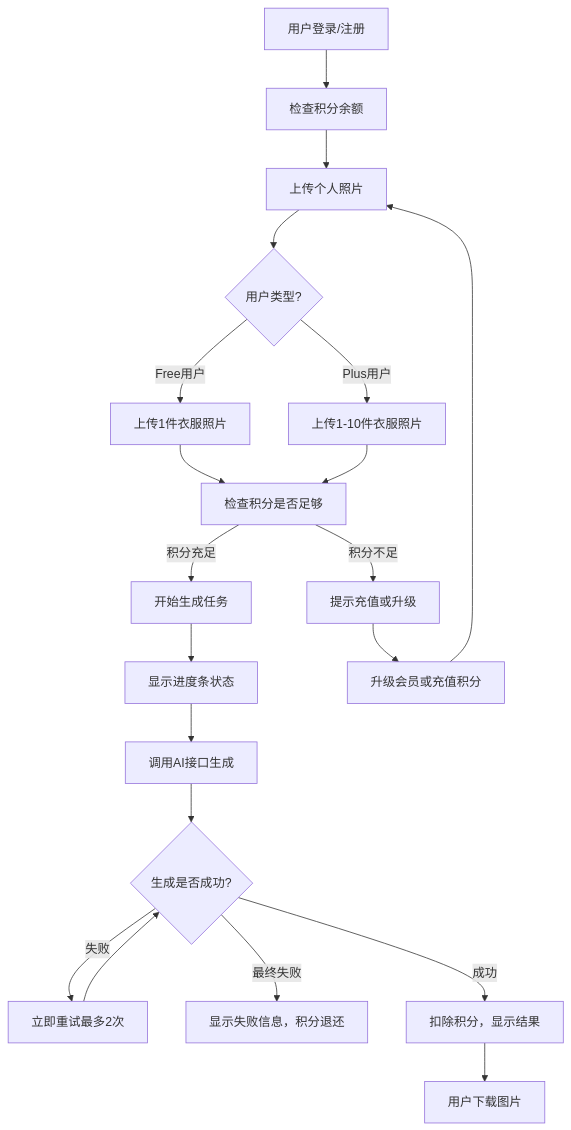
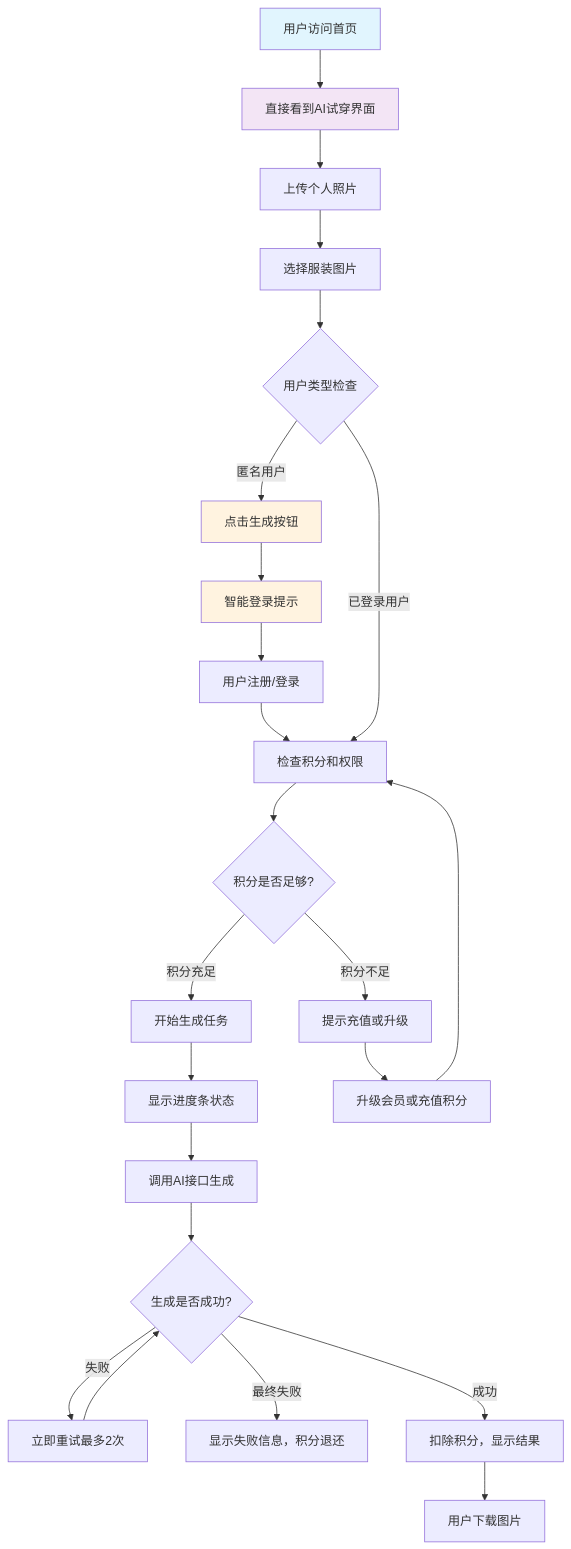
One commit to XiaogeAIBreaker/nababa-dress changed the diagram in docs/需求文档_mvp.md. Above: the diagram before and after it, drawn with Mermaid. The commit also changed other lines of this file and 13 other files, not shown here.

````diff
--- a/docs/需求文档_mvp.md
+++ b/docs/需求文档_mvp.md
@@ -514,22 +539,30 @@
 ```mermaid
 flowchart TD
-    A[用户登录/注册] --> B[检查积分余额]
+    A[用户访问首页] --> B[直接看到AI试穿界面]
     B --> C[上传个人照片]
-    C --> D{用户类型?}
-    D -->|Free用户| E[上传1件衣服照片]
-    D -->|Plus用户| F[上传1-10件衣服照片]
-    E --> G[检查积分是否足够]
-    F --> G
-    G -->|积分不足| H[提示充值或升级]
-    G -->|积分充足| I[开始生成任务]
-    I --> J[显示进度条状态]
-    J --> K[调用AI接口生成]
-    K --> L{生成是否成功?}
-    L -->|失败| M[立即重试最多2次]
-    M --> L
-    L -->|最终失败| N[显示失败信息，积分退还]
-    L -->|成功| O[扣除积分，显示结果]
-    O --> P[用户下载图片]
-    H --> Q[升级会员或充值积分]
-    Q --> C
+    C --> D[选择服装图片]
+    D --> E{用户类型检查}
+    E -->|匿名用户| F[点击生成按钮]
+    F --> G[智能登录提示]
+    G --> H[用户注册/登录]
+    H --> I[继续原有操作流程]
+    E -->|已登录用户| I[检查积分和权限]
+    I --> J{积分是否足够?}
+    J -->|积分不足| K[提示充值或升级]
+    J -->|积分充足| L[开始生成任务]
+    L --> M[显示进度条状态]
+    M --> N[调用AI接口生成]
+    N --> O{生成是否成功?}
+    O -->|失败| P[立即重试最多2次]
+    P --> O
+    O -->|最终失败| Q[显示失败信息，积分退还]
+    O -->|成功| R[扣除积分，显示结果]
+    R --> S[用户下载图片]
+    K --> T[升级会员或充值积分]
+    T --> I
+
+    style A fill:#e1f5fe
+    style B fill:#f3e5f5
+    style F fill:#fff3e0
+    style G fill:#fff3e0
 ```
````
